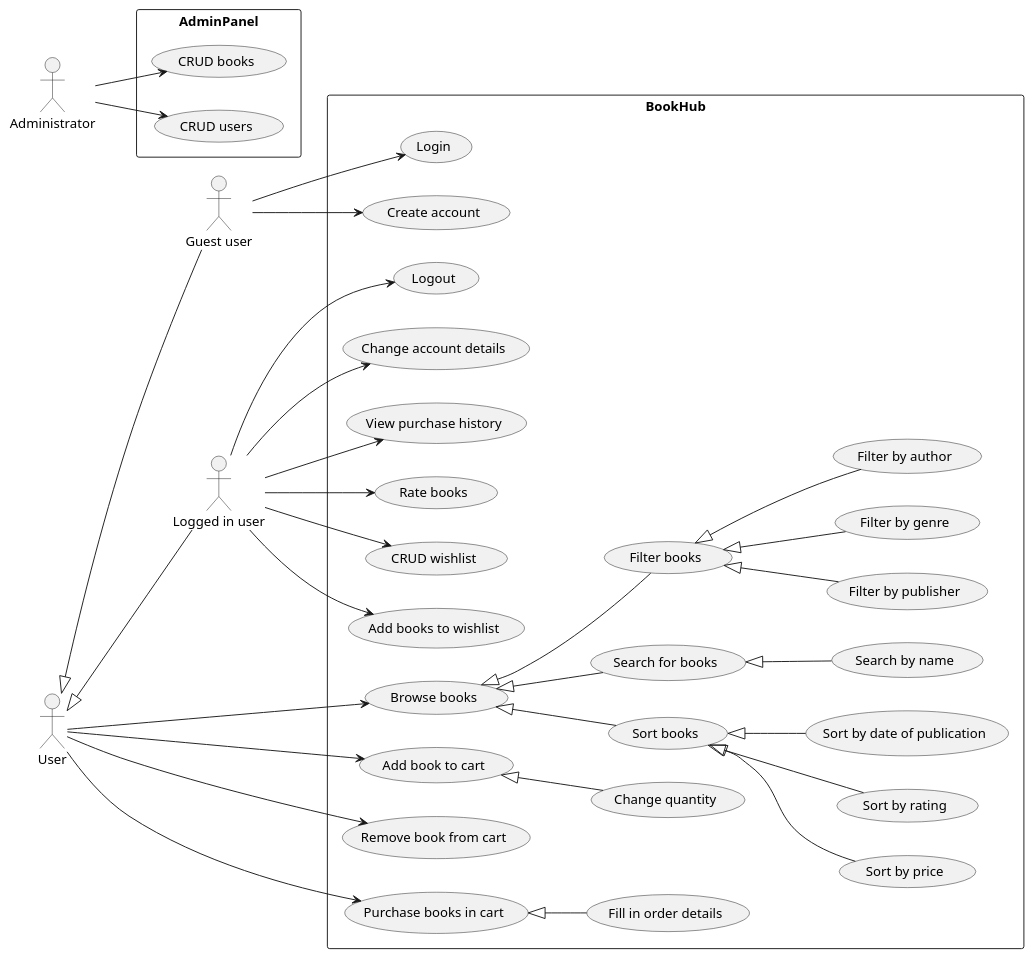
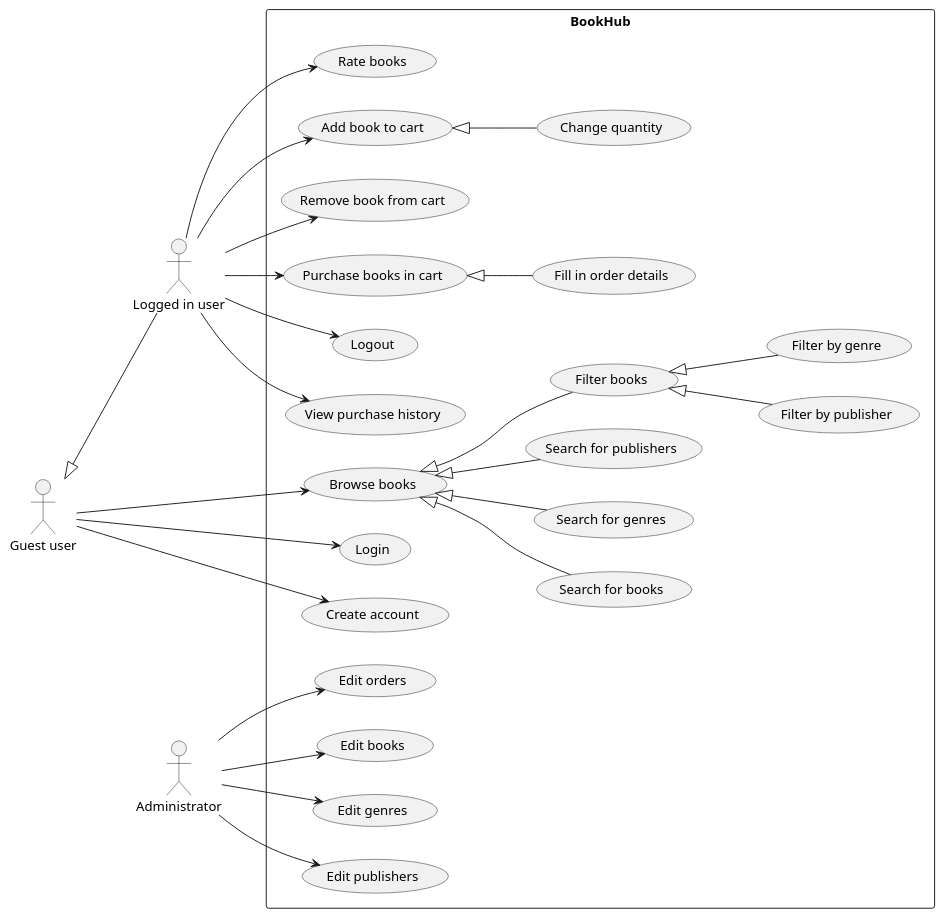
The diagram in docs/diagrams/UseCaseDiagram.puml (adamzalesak/BookHub), drawn with PlantUML before and after one commit. The commit also changed 3 other files, not shown here.

Commit message:
docs: update diagrams

```diff
--- a/docs/diagrams/UseCaseDiagram.puml
+++ b/docs/diagrams/UseCaseDiagram.puml
@@ -1,77 +1,64 @@
 @startuml use_case_diagram
 left to right direction
 
-actor "User" as user
 actor "Guest user" as guest_user
 actor "Logged in user" as logged_user
 
-user <|-- guest_user
-user <|-- logged_user
+guest_user <|-- logged_user
 
 rectangle BookHub {
     usecase "Browse books" as browse_books
     usecase "Search for books" as search_books
-    usecase "Search by name" as by_name
+    usecase "Search for genres" as search_genres
+    usecase "Search for publishers" as search_publishers
     usecase "Filter books" as filter_books
-    usecase "Filter by author" as by_author
     usecase "Filter by publisher" as by_publisher
     usecase "Filter by genre" as by_genre
-    usecase "Sort books" as sort_books
-    usecase "Sort by price" as by_price
-    usecase "Sort by rating" as by_rating
-    usecase "Sort by date of publication" as by_date
     usecase "Add book to cart" as add_to_cart
     usecase "Change quantity" as change_quantity
     usecase "Remove book from cart" as remove_from_cart
     usecase "Purchase books in cart" as purchase_cart
     usecase "Fill in order details" as fill_order_details
     
     usecase "Login" as login
     usecase "Create account" as create_account
 
     usecase "Logout" as logout
-    usecase "Change account details" as change_account_details
     usecase "View purchase history" as view_history
     usecase "Rate books" as rate_books
-    usecase "CRUD wishlist" as crud_wishlist
-    usecase "Add books to wishlist" as add_to_wishlist
+    
+    usecase "Edit books" as edit_books
+    usecase "Edit genres" as edit_genres
+    usecase "Edit publishers" as edit_publishers
+    usecase "Edit orders" as edit_orders
+
 }
 
-user --> browse_books
+guest_user --> browse_books
 browse_books <|-- search_books
+browse_books <|-- search_genres
+browse_books <|-- search_publishers
 browse_books <|-- filter_books
-browse_books <|-- sort_books
-search_books <|-- by_name
-filter_books <|-- by_author
 filter_books <|-- by_publisher
 filter_books <|-- by_genre
-sort_books <|-- by_price
-sort_books <|-- by_rating
-sort_books <|-- by_date
 
-user --> add_to_cart
+logged_user --> add_to_cart
 add_to_cart <|-- change_quantity
-user --> remove_from_cart
-user --> purchase_cart
+logged_user --> remove_from_cart
+logged_user --> purchase_cart
 purchase_cart <|-- fill_order_details
 
 guest_user --> login
 guest_user --> create_account
 
 logged_user --> logout
-logged_user --> change_account_details
 logged_user --> view_history
 logged_user --> rate_books
-logged_user --> crud_wishlist
-logged_user --> add_to_wishlist
 
 actor "Administrator" as admin
 
-rectangle AdminPanel {
-    usecase "CRUD books" as crud_books
-    usecase "CRUD users" as crud_users
-}
-
-admin --> crud_books
-admin --> crud_users
+admin --> edit_books
+admin --> edit_genres
+admin --> edit_publishers
+admin --> edit_orders
 @enduml
```
